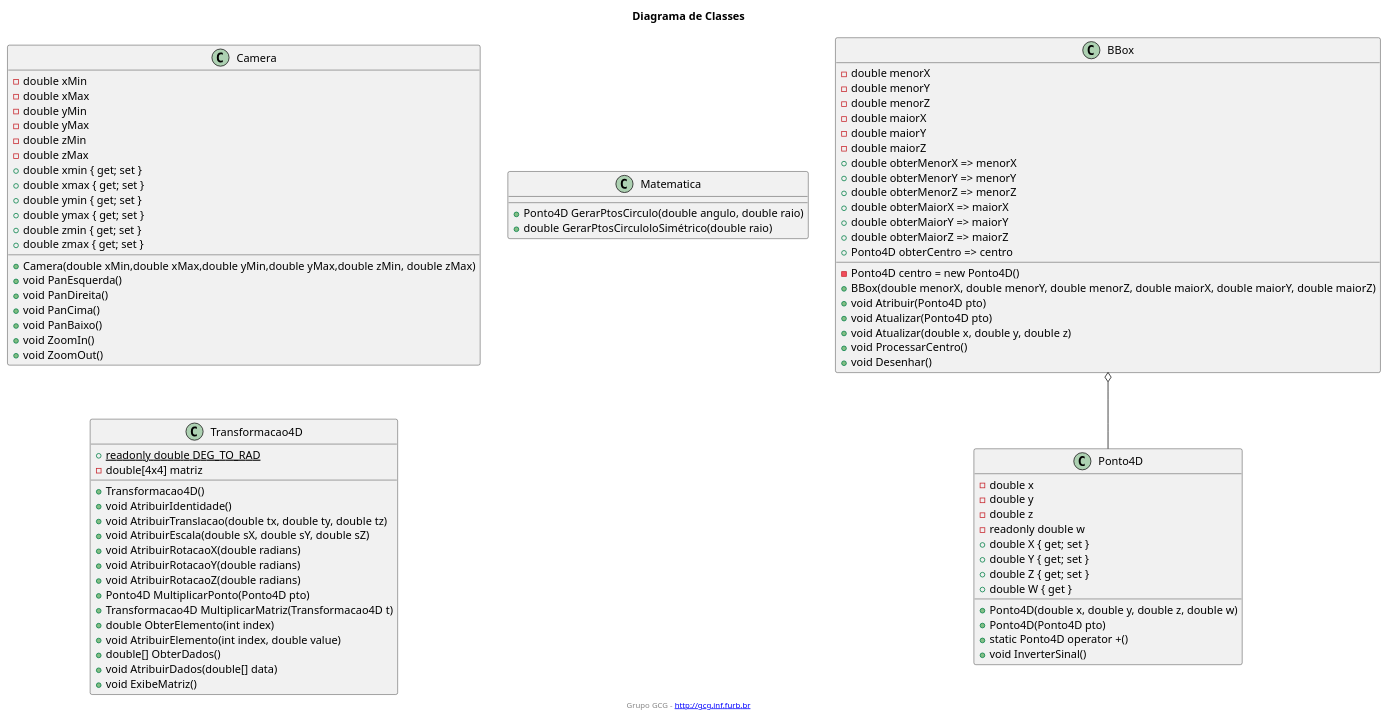
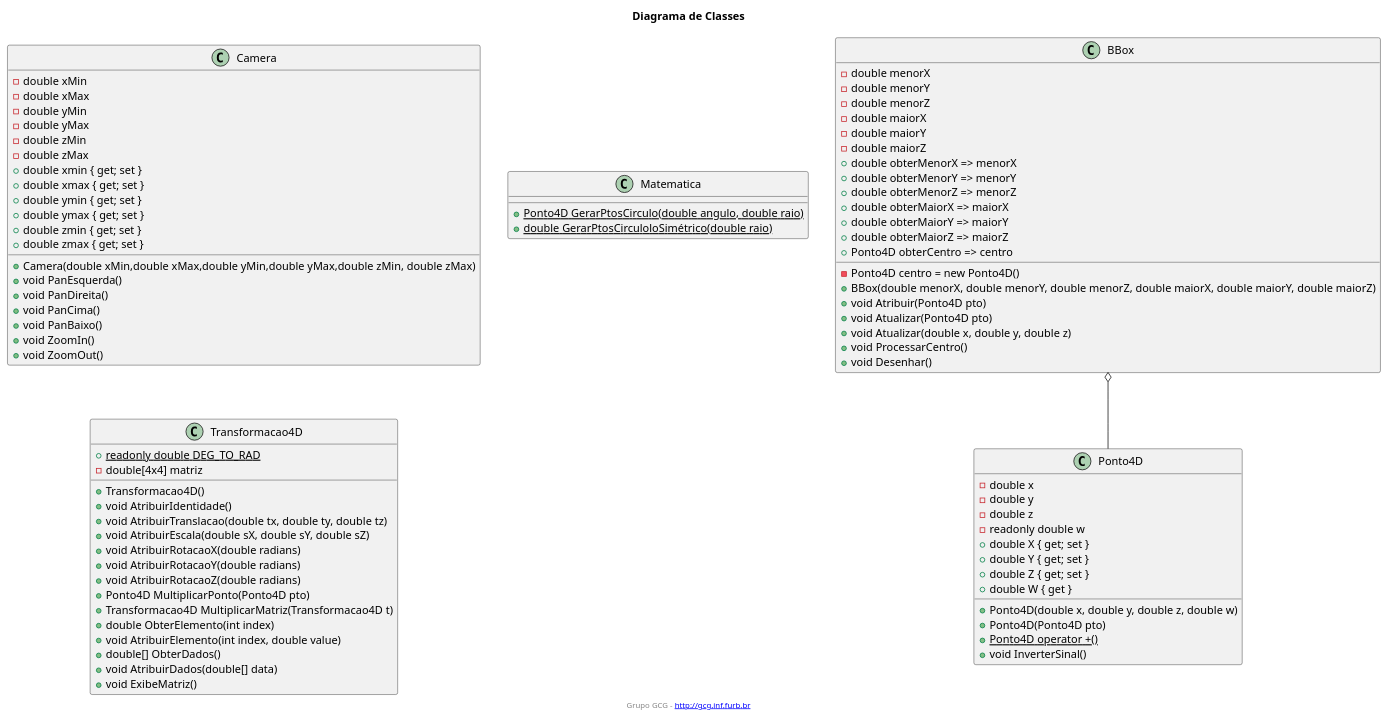
One commit to gustavospiess/gcg-cg changed the diagram in CG_Biblioteca/docs/umlClasses.wsd. Above: the diagram before and after it, drawn with PlantUML. The commit also changed 1 other file, not shown here.

Commit message:
Comecei a diagramar as novas clsses do Exercício da unidade 2 (TERMINAR).

```diff
--- a/CG_Biblioteca/docs/umlClasses.wsd
+++ b/CG_Biblioteca/docs/umlClasses.wsd
@@ -2,81 +2,81 @@
 @startuml CG_Biblioteca
 
 title Diagrama de Classes
 footer Grupo GCG - [[http://gcg.inf.furb.br]]
 
 BBox : - double menorX
 BBox : - double menorY
 BBox : - double menorZ
 BBox : - double maiorX
 BBox : - double maiorY
 BBox : - double maiorZ
 BBox : - Ponto4D centro = new Ponto4D()
 BBox : + BBox(double menorX, double menorY, double menorZ, double maiorX, double maiorY, double maiorZ)
 BBox : + void Atribuir(Ponto4D pto)
 BBox : + void Atualizar(Ponto4D pto)
 BBox : + void Atualizar(double x, double y, double z)
 BBox : + void ProcessarCentro()
 BBox : + void Desenhar()
 BBox : + double obterMenorX => menorX
 BBox : + double obterMenorY => menorY
 BBox : + double obterMenorZ => menorZ
 BBox : + double obterMaiorX => maiorX
 BBox : + double obterMaiorY => maiorY
 BBox : + double obterMaiorZ => maiorZ
 BBox : + Ponto4D obterCentro => centro
 BBox o-- Ponto4D
 
 Camera : - double xMin
 Camera : - double xMax
 Camera : - double yMin
 Camera : - double yMax
 Camera : - double zMin
 Camera : - double zMax
 Camera : + Camera(double xMin,double xMax,double yMin,double yMax,double zMin, double zMax)
 Camera : + double xmin { get; set }
 Camera : + double xmax { get; set }
 Camera : + double ymin { get; set }
 Camera : + double ymax { get; set }
 Camera : + double zmin { get; set }
 Camera : + double zmax { get; set }
 Camera : + void PanEsquerda()
 Camera : + void PanDireita()
 Camera : + void PanCima()
 Camera : + void PanBaixo()
 Camera : + void ZoomIn()
 Camera : + void ZoomOut()
 
-Matematica : + Ponto4D GerarPtosCirculo(double angulo, double raio)
-Matematica : + double GerarPtosCirculoloSimétrico(double raio)
+Matematica : + {static} Ponto4D GerarPtosCirculo(double angulo, double raio)
+Matematica : + {static} double GerarPtosCirculoloSimétrico(double raio)
 
 Ponto4D : - double x
 Ponto4D : - double y
 Ponto4D : - double z
 Ponto4D : - readonly double w
 Ponto4D : + Ponto4D(double x, double y, double z, double w)
 Ponto4D : + Ponto4D(Ponto4D pto)
-Ponto4D : + static Ponto4D operator +()
+Ponto4D : + {static} Ponto4D operator +()
 Ponto4D : + double X { get; set }
 Ponto4D : + double Y { get; set }
 Ponto4D : + double Z { get; set }
 Ponto4D : + double W { get }
 Ponto4D : + void InverterSinal()
 
 Transformacao4D : {static} + readonly double DEG_TO_RAD
 Transformacao4D : -double[4x4] matriz
 Transformacao4D : +Transformacao4D()
 Transformacao4D : +void AtribuirIdentidade()
 Transformacao4D : +void AtribuirTranslacao(double tx, double ty, double tz)
 Transformacao4D : +void AtribuirEscala(double sX, double sY, double sZ)
 Transformacao4D : +void AtribuirRotacaoX(double radians)
 Transformacao4D : +void AtribuirRotacaoY(double radians)
 Transformacao4D : +void AtribuirRotacaoZ(double radians)
 Transformacao4D : +Ponto4D MultiplicarPonto(Ponto4D pto)
 Transformacao4D : +Transformacao4D MultiplicarMatriz(Transformacao4D t)
 Transformacao4D : +double ObterElemento(int index)
 Transformacao4D : +void AtribuirElemento(int index, double value)
 Transformacao4D : +double[] ObterDados()
 Transformacao4D : +void AtribuirDados(double[] data)
 Transformacao4D : +void ExibeMatriz()
 
 @enduml
```
